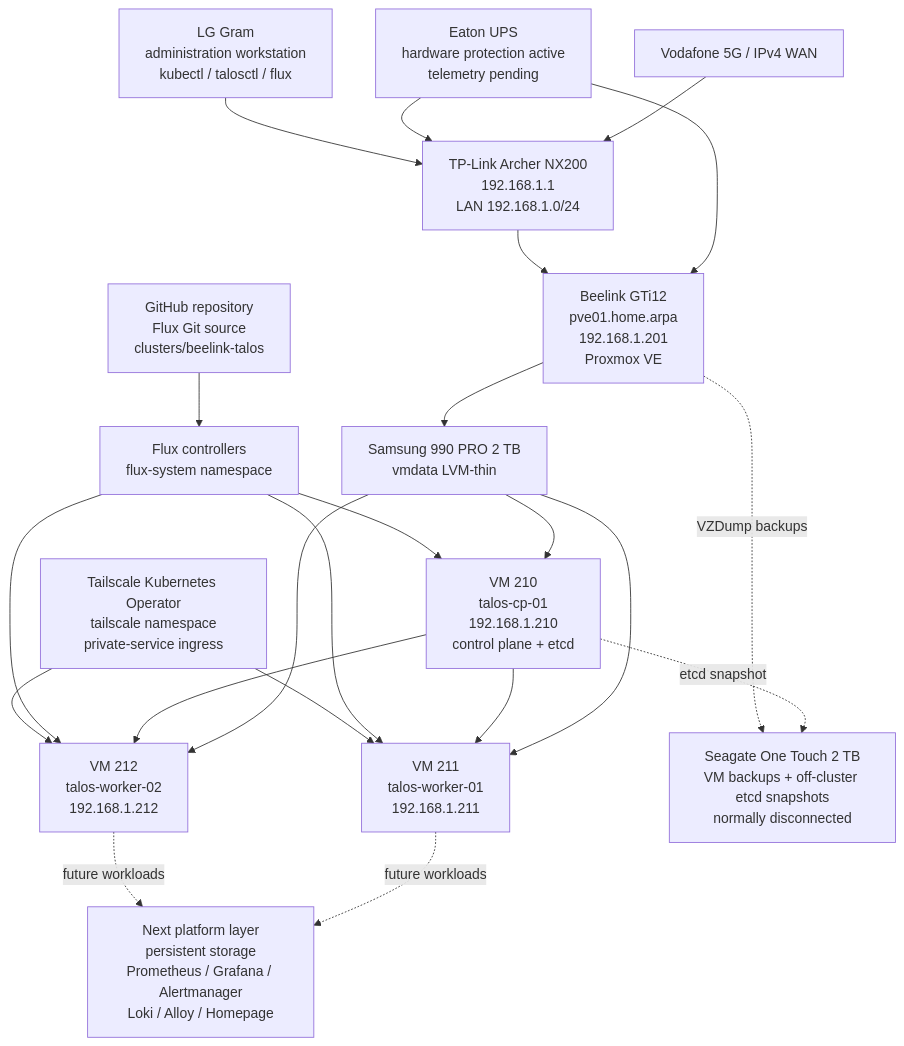
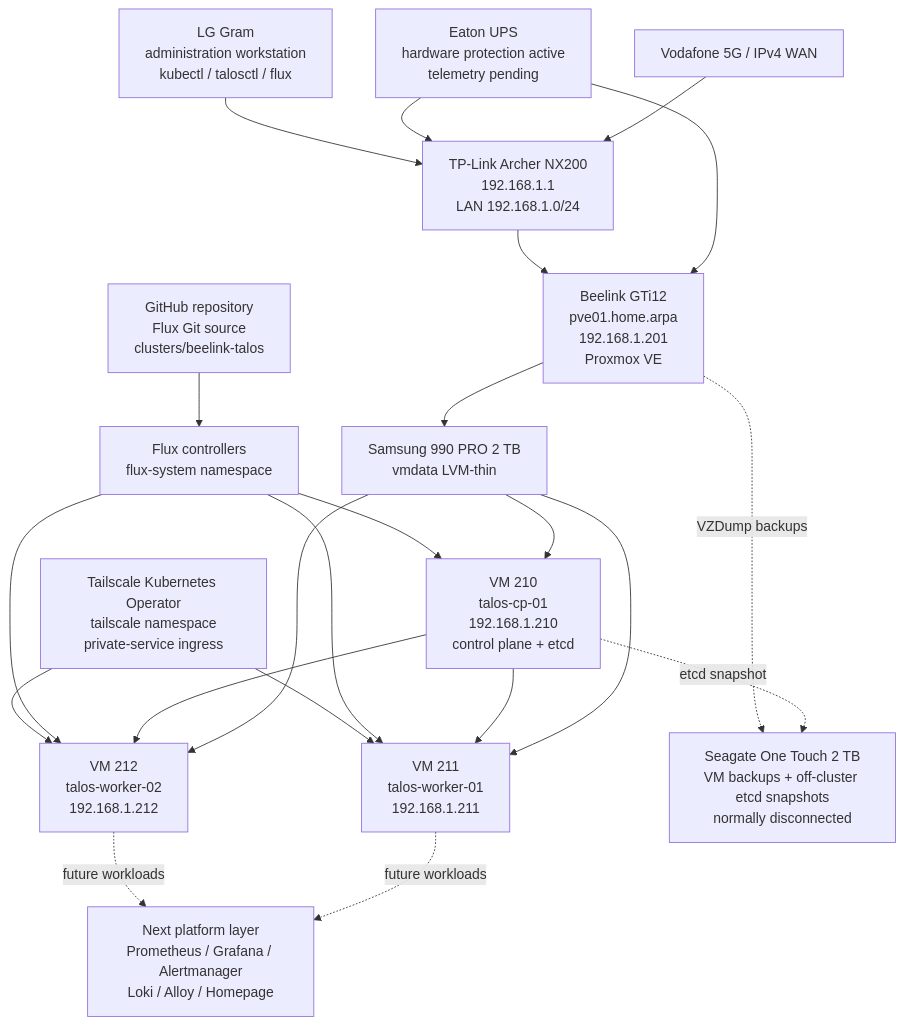
One commit to dgsuma/dgs-private-cloud changed the diagram in README.md. Above: the diagram before and after it, drawn with Mermaid. The commit also changed other lines of this file and 11 other files, not shown here.

Commit message:
feat(storage): complete Talos persistent storage prerequisite

````diff
--- a/README.md
+++ b/README.md
@@ -95,39 +94,39 @@
 ```mermaid
 flowchart TB
     Internet["Vodafone 5G / IPv4 WAN"]
     UPS["Eaton UPS<br/>hardware protection active<br/>telemetry pending"]
     Router["TP-Link Archer NX200<br/>192.168.1.1<br/>LAN 192.168.1.0/24"]
     Admin["LG Gram<br/>administration workstation<br/>kubectl / talosctl / flux"]
     PVE["Beelink GTi12<br/>pve01.home.arpa<br/>192.168.1.201<br/>Proxmox VE"]
     Storage["Samsung 990 PRO 2 TB<br/>vmdata LVM-thin"]
     CP["VM 210<br/>talos-cp-01<br/>192.168.1.210<br/>control plane + etcd"]
     W1["VM 211<br/>talos-worker-01<br/>192.168.1.211"]
     W2["VM 212<br/>talos-worker-02<br/>192.168.1.212"]
     Git["GitHub repository<br/>Flux Git source<br/>clusters/beelink-talos"]
     Flux["Flux controllers<br/>flux-system namespace"]
     TS["Tailscale Kubernetes Operator<br/>tailscale namespace<br/>private-service ingress"]
     Backup["Seagate One Touch 2 TB<br/>VM backups + off-cluster etcd snapshots<br/>normally disconnected"]
-    Next["Next platform layer<br/>persistent storage<br/>Prometheus / Grafana / Alertmanager<br/>Loki / Alloy / Homepage"]
+    Next["Next platform layer<br/>Prometheus / Grafana / Alertmanager<br/>Loki / Alloy / Homepage"]
 
     Internet --> Router
     UPS --> Router
     UPS --> PVE
     Admin --> Router
     Router --> PVE
     PVE --> Storage
     Storage --> CP
     Storage --> W1
     Storage --> W2
     CP --> W1
     CP --> W2
     Git --> Flux
     Flux --> CP
     Flux --> W1
     Flux --> W2
     TS --> W1
     TS --> W2
     CP -. etcd snapshot .-> Backup
     PVE -. VZDump backups .-> Backup
     W1 -. future workloads .-> Next
     W2 -. future workloads .-> Next
 ```
````
